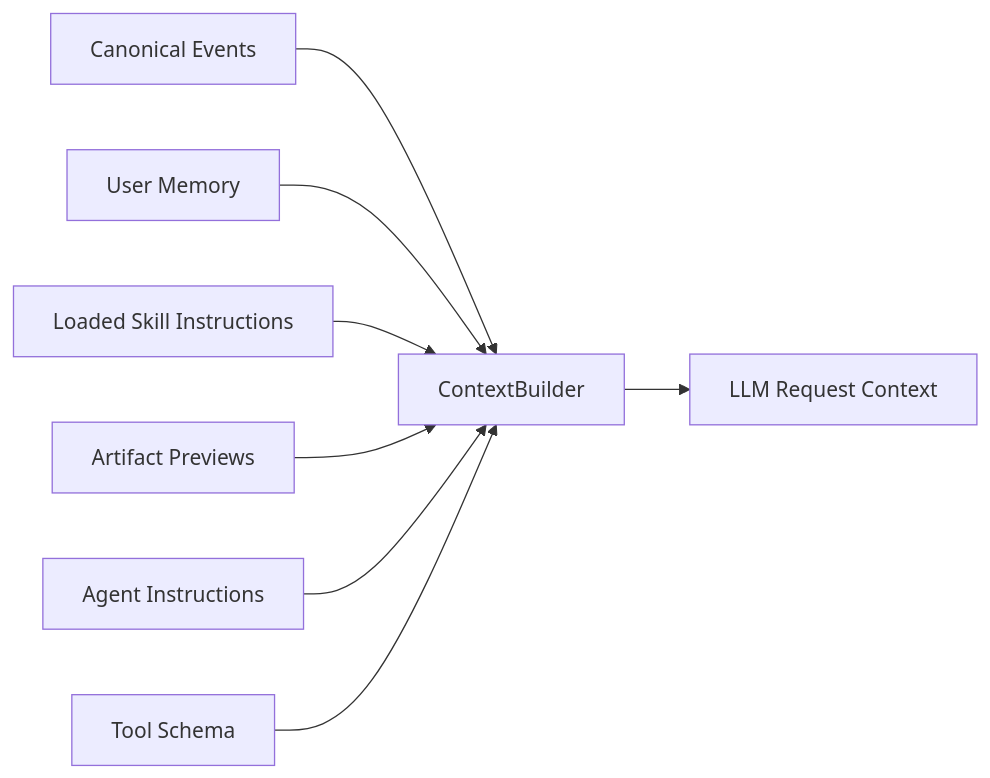
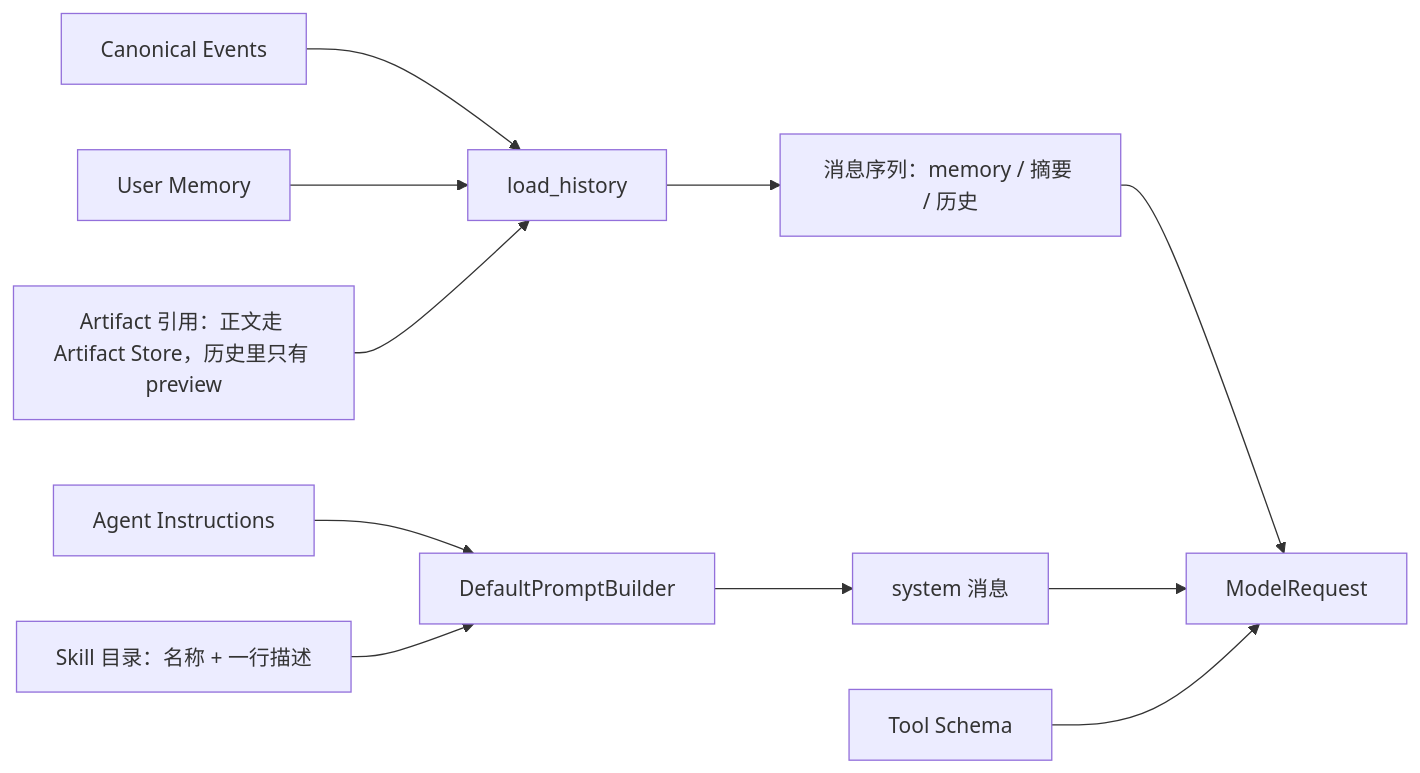
One commit to Michaelxwb/fluxion-harness changed the seventh of 8 diagrams in docs/04-Agent-Runtime详细设计.md. Above: the diagram before and after it, drawn with Mermaid. The commit also changed other lines of this file and 26 other files, not shown here.

First line of the commit message:
fix(contracts,runtime,worker,gateway,console): 规范化 JSON 收成一份原语；拆掉从未接线的 ContextBuilder

````diff
--- a/docs/04-Agent-Runtime详细设计.md
+++ b/docs/04-Agent-Runtime详细设计.md
@@ -656,10 +664,13 @@
 ```mermaid
 flowchart LR
-    HIST[Canonical Events] --> CB[ContextBuilder]
-    MEM[User Memory] --> CB
-    SK[Loaded Skill Instructions] --> CB
-    ART[Artifact Previews] --> CB
-    SYS[Agent Instructions] --> CB
-    TOOLS[Tool Schema] --> CB
-    CB --> REQ[LLM Request Context]
+    HIST[Canonical Events] --> LH[load_history]
+    MEM[User Memory] --> LH
+    ART[Artifact 引用：正文走 Artifact Store，历史里只有 preview] --> LH
+    LH --> MSG[消息序列：memory / 摘要 / 历史]
+    SYS[Agent Instructions] --> PB[DefaultPromptBuilder]
+    SK[Skill 目录：名称 + 一行描述] --> PB
+    PB --> SYSMSG[system 消息]
+    MSG --> REQ[ModelRequest]
+    SYSMSG --> REQ
+    TOOLS[Tool Schema] --> REQ
 ```
````
